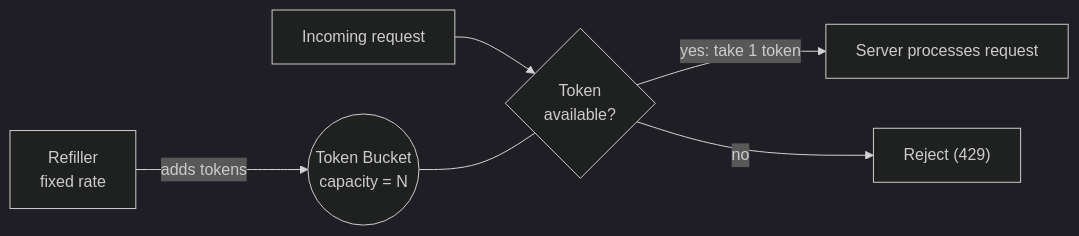
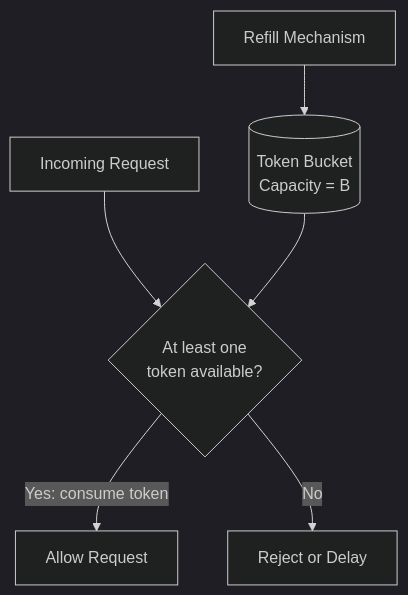
Before and after one commit to HARRISAMIN432/system-design-hld: the fourth of 9 diagrams in 12_Rate_limiting/README.md, drawn with Mermaid (dark theme). The commit also changed other lines of this file and 11 other files, not shown here.

````diff
--- a/12_Rate_limiting/README.md
+++ b/12_Rate_limiting/README.md
@@ -116,8 +367,9 @@
 ```mermaid
-flowchart LR
-    R["Refiller<br/>fixed rate"] -- "adds tokens" --> B(("Token Bucket<br/>capacity = N"))
-    U["Incoming request"] --> Q{"Token<br/>available?"}
-    B --- Q
-    Q -- "yes: take 1 token" --> S["Server processes request"]
-    Q -- "no" --> X["Reject (429)"]
+flowchart TD
+    R["Refill Mechanism"] --> B[("Token Bucket<br/>Capacity = B")]
+    C["Incoming Request"] --> Q{"At least one<br/>token available?"}
+
+    B --> Q
+    Q -->|"Yes: consume token"| A["Allow Request"]
+    Q -->|"No"| X["Reject or Delay"]
 ```
````
